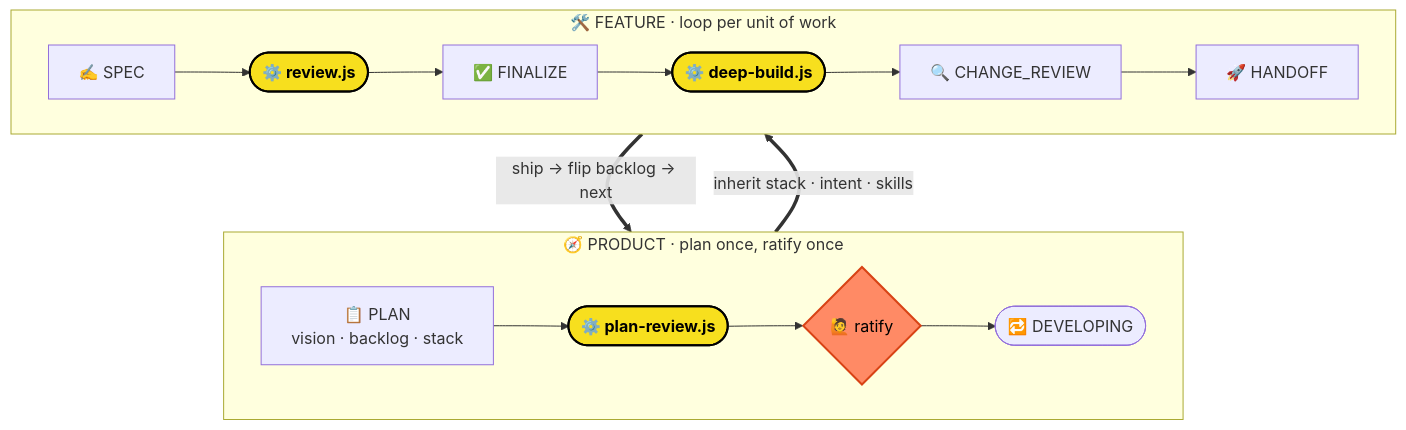
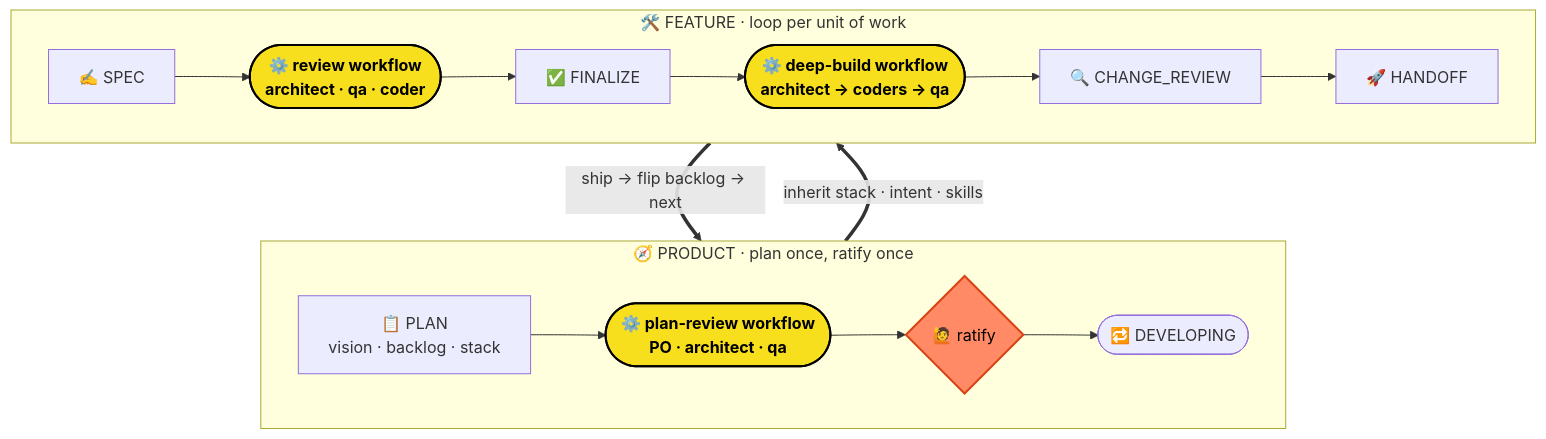
One commit to rocar/build-fleet changed the first of 3 diagrams in README.md. Above: the diagram before and after it, drawn with Mermaid. The commit also changed other lines of this file, not shown here.

First line of the commit message:
docs: label workflow nodes explicitly + annotate agents

````diff
--- a/README.md
+++ b/README.md
@@ -42,18 +42,18 @@
 ```mermaid
 flowchart TB
     subgraph PT["🧭 PRODUCT · plan once, ratify once"]
         direction LR
-        PLAN["📋 PLAN<br/>vision · backlog · stack"] --> PREV(["⚙️ plan-review.js"]) --> PFIN{"🙋 ratify"} --> DEV(["🔁 DEVELOPING"])
+        PLAN["📋 PLAN<br/>vision · backlog · stack"] --> PREV(["⚙️ plan-review workflow<br/>PO · architect · qa"]) --> PFIN{"🙋 ratify"} --> DEV(["🔁 DEVELOPING"])
     end
     subgraph FT["🛠️ FEATURE · loop per unit of work"]
         direction LR
-        SPEC["✍️ SPEC"] --> REVIEW(["⚙️ review.js"]) --> FIN["✅ FINALIZE"] --> BUILD(["⚙️ deep-build.js"]) --> CR["🔍 CHANGE_REVIEW"] --> HO["🚀 HANDOFF"]
+        SPEC["✍️ SPEC"] --> REVIEW(["⚙️ review workflow<br/>architect · qa · coder"]) --> FIN["✅ FINALIZE"] --> BUILD(["⚙️ deep-build workflow<br/>architect → coders → qa"]) --> CR["🔍 CHANGE_REVIEW"] --> HO["🚀 HANDOFF"]
     end
     DEV ==>|"inherit stack · intent · skills"| SPEC
     HO ==>|"ship → flip backlog → next"| DEV
 
     classDef js fill:#f7df1e,color:#000,stroke:#000,stroke-width:2px,font-weight:bold;
     classDef gate fill:#ff8a65,color:#000,stroke:#d84315,stroke-width:2px;
     class PREV,REVIEW,BUILD js;
     class PFIN gate;
 ```
````
